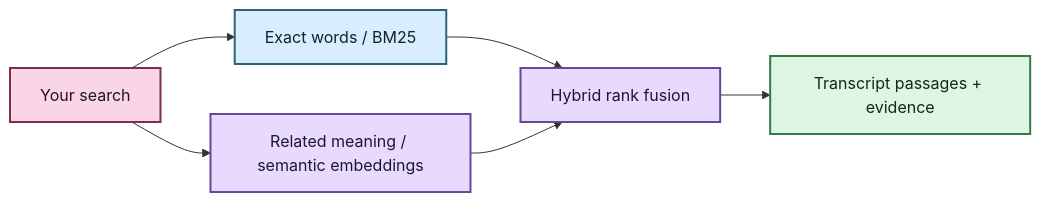
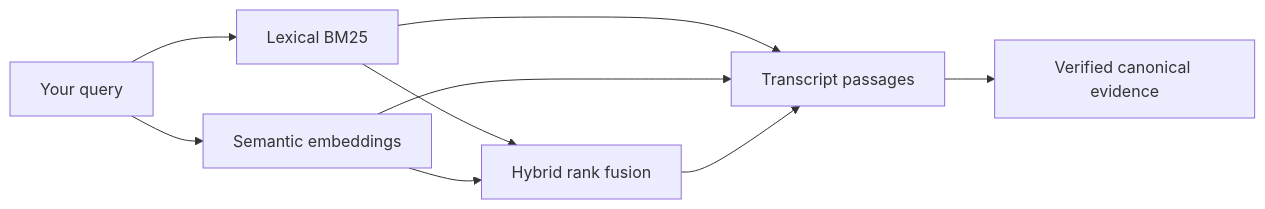
One commit to SSD1805/EchoFlow changed the first of 3 diagrams in docs/semantic-search.md. Above: the diagram before and after it, drawn with Mermaid. The commit also changed other lines of this file, not shown here.

Commit message:
docs: update semantic search custody and diagrams

````diff
--- a/docs/semantic-search.md
+++ b/docs/semantic-search.md
@@ -24,18 +24,11 @@
 ```mermaid
 flowchart LR
-    Q[Your search] --> L[Exact words / BM25]
-    Q --> S[Related meaning / semantic embeddings]
-    L --> H[Hybrid rank fusion]
-    S --> H
-    H --> E[Transcript passages + evidence]
-
-    classDef query fill:#F9D5E5,stroke:#7B2E52,stroke-width:2px,color:#22151B
-    classDef lexical fill:#D8EEFF,stroke:#2E617B,stroke-width:2px,color:#12222A
-    classDef semantic fill:#E8D9FF,stroke:#68469B,stroke-width:2px,color:#1F1630
-    classDef result fill:#DDF5E3,stroke:#347A46,stroke-width:2px,color:#142719
-
-    class Q query
-    class L lexical
-    class S,H semantic
-    class E result
+    A[Your query] --> B[Lexical BM25]
+    A --> C[Semantic embeddings]
+    B --> D[Hybrid rank fusion]
+    C --> D
+    B --> E[Transcript passages]
+    C --> E
+    D --> E
+    E --> F[Verified canonical evidence]
 ```
````
